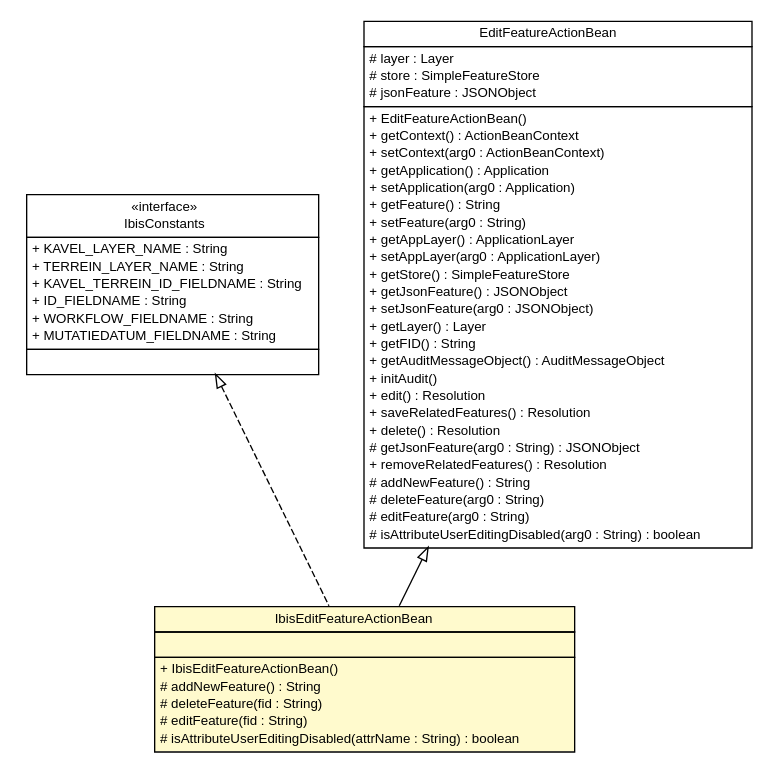
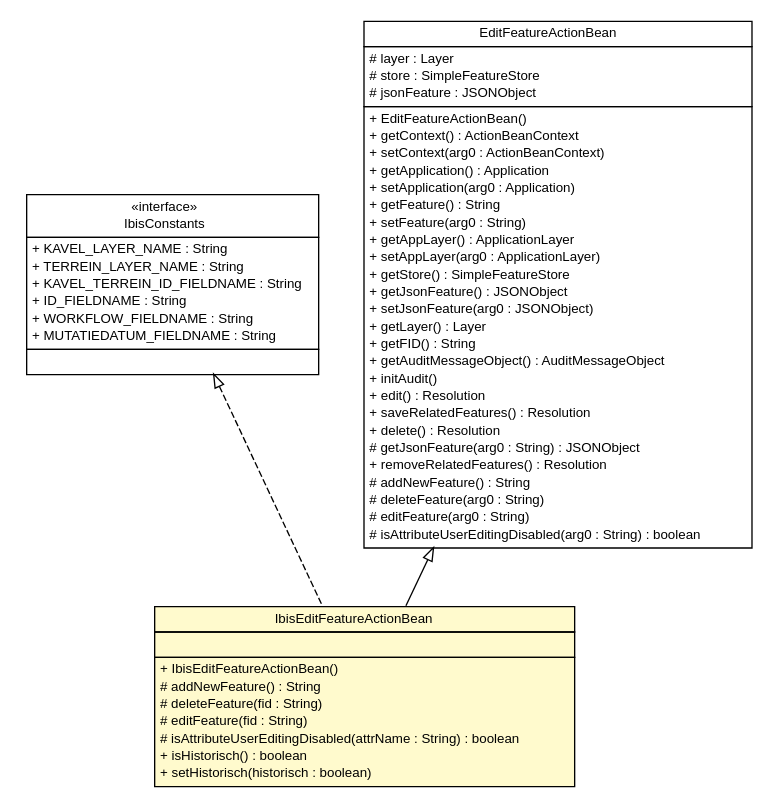
Before and after one commit to B3Partners/flamingo-ibis: the diagram in ibis-viewer/apidocs/nl/b3p/viewer/stripes/IbisEditFeatureActionBean.dot, drawn with Graphviz. The commit also changed 231 other files, not shown here.

```diff
--- a/ibis-viewer/apidocs/nl/b3p/viewer/stripes/IbisEditFeatureActionBean.dot
+++ b/ibis-viewer/apidocs/nl/b3p/viewer/stripes/IbisEditFeatureActionBean.dot
@@ -1,88 +1,90 @@
 #!/usr/local/bin/dot
 #
 # Class diagram 
 # Generated by UMLGraph version R5_6-24-gf6e263 (http://www.umlgraph.org/)
 #
 
 digraph G {
 	edge [fontname="Helvetica",fontsize=10,labelfontname="Helvetica",labelfontsize=10];
 	node [fontname="Helvetica",fontsize=10,shape=plaintext];
 	nodesep=0.25;
 	ranksep=0.5;
 	// nl.b3p.viewer.stripes.IbisEditFeatureActionBean
-	c196 [label=<<table title="nl.b3p.viewer.stripes.IbisEditFeatureActionBean" border="0" cellborder="1" cellspacing="0" cellpadding="2" port="p" bgcolor="lemonChiffon" href="./IbisEditFeatureActionBean.html">
+	c208 [label=<<table title="nl.b3p.viewer.stripes.IbisEditFeatureActionBean" border="0" cellborder="1" cellspacing="0" cellpadding="2" port="p" bgcolor="lemonChiffon" href="./IbisEditFeatureActionBean.html">
 		<tr><td><table border="0" cellspacing="0" cellpadding="1">
 <tr><td align="center" balign="center"> IbisEditFeatureActionBean </td></tr>
 		</table></td></tr>
 		<tr><td><table border="0" cellspacing="0" cellpadding="1">
 <tr><td align="left" balign="left">  </td></tr>
 		</table></td></tr>
 		<tr><td><table border="0" cellspacing="0" cellpadding="1">
 <tr><td align="left" balign="left"> + IbisEditFeatureActionBean() </td></tr>
 <tr><td align="left" balign="left"> # addNewFeature() : String </td></tr>
 <tr><td align="left" balign="left"> # deleteFeature(fid : String) </td></tr>
 <tr><td align="left" balign="left"> # editFeature(fid : String) </td></tr>
 <tr><td align="left" balign="left"> # isAttributeUserEditingDisabled(attrName : String) : boolean </td></tr>
+<tr><td align="left" balign="left"> + isHistorisch() : boolean </td></tr>
+<tr><td align="left" balign="left"> + setHistorisch(historisch : boolean) </td></tr>
 		</table></td></tr>
 		</table>>, URL="./IbisEditFeatureActionBean.html", fontname="Helvetica", fontcolor="black", fontsize=10.0];
 	// nl.b3p.viewer.ibis.util.IbisConstants
-	c203 [label=<<table title="nl.b3p.viewer.ibis.util.IbisConstants" border="0" cellborder="1" cellspacing="0" cellpadding="2" port="p" href="../ibis/util/IbisConstants.html">
+	c215 [label=<<table title="nl.b3p.viewer.ibis.util.IbisConstants" border="0" cellborder="1" cellspacing="0" cellpadding="2" port="p" href="../ibis/util/IbisConstants.html">
 		<tr><td><table border="0" cellspacing="0" cellpadding="1">
 <tr><td align="center" balign="center"> &#171;interface&#187; </td></tr>
 <tr><td align="center" balign="center"> IbisConstants </td></tr>
 		</table></td></tr>
 		<tr><td><table border="0" cellspacing="0" cellpadding="1">
 <tr><td align="left" balign="left"> + KAVEL_LAYER_NAME : String </td></tr>
 <tr><td align="left" balign="left"> + TERREIN_LAYER_NAME : String </td></tr>
 <tr><td align="left" balign="left"> + KAVEL_TERREIN_ID_FIELDNAME : String </td></tr>
 <tr><td align="left" balign="left"> + ID_FIELDNAME : String </td></tr>
 <tr><td align="left" balign="left"> + WORKFLOW_FIELDNAME : String </td></tr>
 <tr><td align="left" balign="left"> + MUTATIEDATUM_FIELDNAME : String </td></tr>
 		</table></td></tr>
 		<tr><td><table border="0" cellspacing="0" cellpadding="1">
 <tr><td align="left" balign="left">  </td></tr>
 		</table></td></tr>
 		</table>>, URL="../ibis/util/IbisConstants.html", fontname="Helvetica", fontcolor="black", fontsize=10.0];
 	//nl.b3p.viewer.stripes.IbisEditFeatureActionBean extends nl.b3p.viewer.stripes.EditFeatureActionBean
-	c205:p -> c196:p [dir=back,arrowtail=empty];
+	c217:p -> c208:p [dir=back,arrowtail=empty];
 	//nl.b3p.viewer.stripes.IbisEditFeatureActionBean implements nl.b3p.viewer.ibis.util.IbisConstants
-	c203:p -> c196:p [dir=back,arrowtail=empty,style=dashed];
+	c215:p -> c208:p [dir=back,arrowtail=empty,style=dashed];
 	// nl.b3p.viewer.stripes.EditFeatureActionBean
-	c205 [label=<<table title="nl.b3p.viewer.stripes.EditFeatureActionBean" border="0" cellborder="1" cellspacing="0" cellpadding="2" port="p">
+	c217 [label=<<table title="nl.b3p.viewer.stripes.EditFeatureActionBean" border="0" cellborder="1" cellspacing="0" cellpadding="2" port="p">
 		<tr><td><table border="0" cellspacing="0" cellpadding="1">
 <tr><td align="center" balign="center"> EditFeatureActionBean </td></tr>
 		</table></td></tr>
 		<tr><td><table border="0" cellspacing="0" cellpadding="1">
 <tr><td align="left" balign="left"> # layer : Layer </td></tr>
 <tr><td align="left" balign="left"> # store : SimpleFeatureStore </td></tr>
 <tr><td align="left" balign="left"> # jsonFeature : JSONObject </td></tr>
 		</table></td></tr>
 		<tr><td><table border="0" cellspacing="0" cellpadding="1">
 <tr><td align="left" balign="left"> + EditFeatureActionBean() </td></tr>
 <tr><td align="left" balign="left"> + getContext() : ActionBeanContext </td></tr>
 <tr><td align="left" balign="left"> + setContext(arg0 : ActionBeanContext) </td></tr>
 <tr><td align="left" balign="left"> + getApplication() : Application </td></tr>
 <tr><td align="left" balign="left"> + setApplication(arg0 : Application) </td></tr>
 <tr><td align="left" balign="left"> + getFeature() : String </td></tr>
 <tr><td align="left" balign="left"> + setFeature(arg0 : String) </td></tr>
 <tr><td align="left" balign="left"> + getAppLayer() : ApplicationLayer </td></tr>
 <tr><td align="left" balign="left"> + setAppLayer(arg0 : ApplicationLayer) </td></tr>
 <tr><td align="left" balign="left"> + getStore() : SimpleFeatureStore </td></tr>
 <tr><td align="left" balign="left"> + getJsonFeature() : JSONObject </td></tr>
 <tr><td align="left" balign="left"> + setJsonFeature(arg0 : JSONObject) </td></tr>
 <tr><td align="left" balign="left"> + getLayer() : Layer </td></tr>
 <tr><td align="left" balign="left"> + getFID() : String </td></tr>
 <tr><td align="left" balign="left"> + getAuditMessageObject() : AuditMessageObject </td></tr>
 <tr><td align="left" balign="left"> + initAudit() </td></tr>
 <tr><td align="left" balign="left"> + edit() : Resolution </td></tr>
 <tr><td align="left" balign="left"> + saveRelatedFeatures() : Resolution </td></tr>
 <tr><td align="left" balign="left"> + delete() : Resolution </td></tr>
 <tr><td align="left" balign="left"> # getJsonFeature(arg0 : String) : JSONObject </td></tr>
 <tr><td align="left" balign="left"> + removeRelatedFeatures() : Resolution </td></tr>
 <tr><td align="left" balign="left"> # addNewFeature() : String </td></tr>
 <tr><td align="left" balign="left"> # deleteFeature(arg0 : String) </td></tr>
 <tr><td align="left" balign="left"> # editFeature(arg0 : String) </td></tr>
 <tr><td align="left" balign="left"> # isAttributeUserEditingDisabled(arg0 : String) : boolean </td></tr>
 		</table></td></tr>
 		</table>>, URL="null", fontname="Helvetica", fontcolor="black", fontsize=10.0];
 }
```
